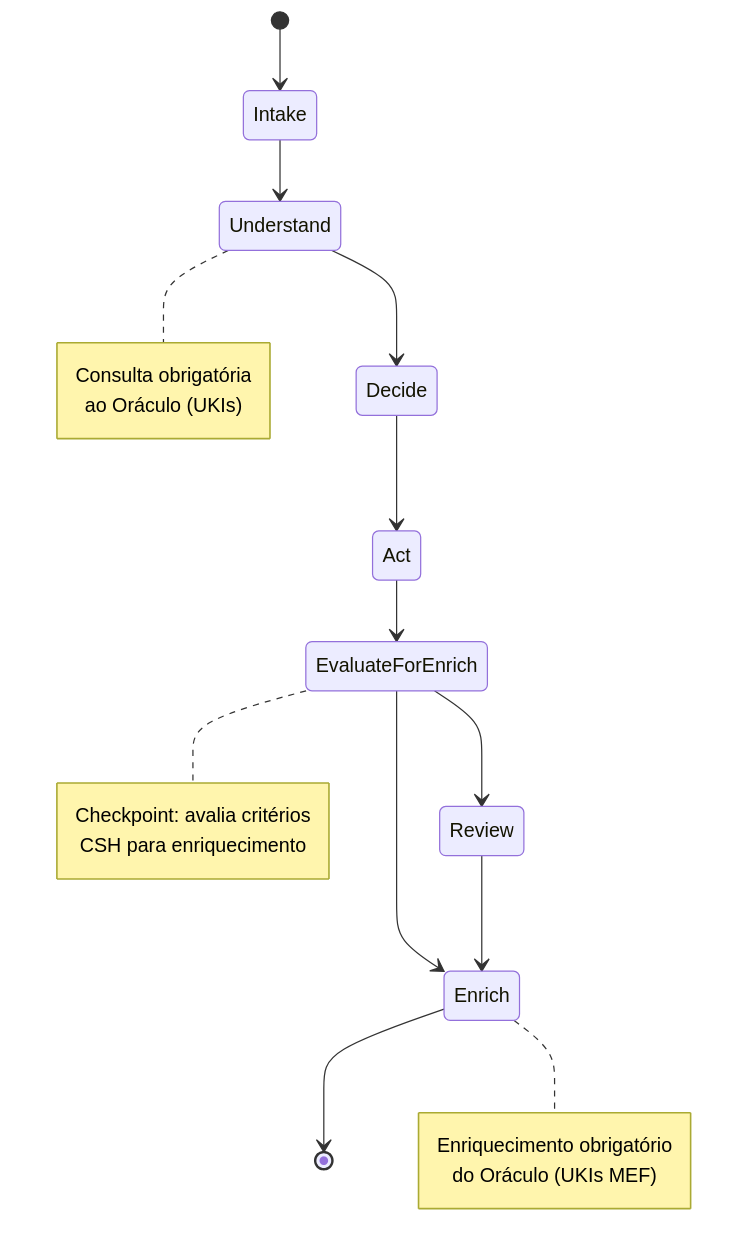
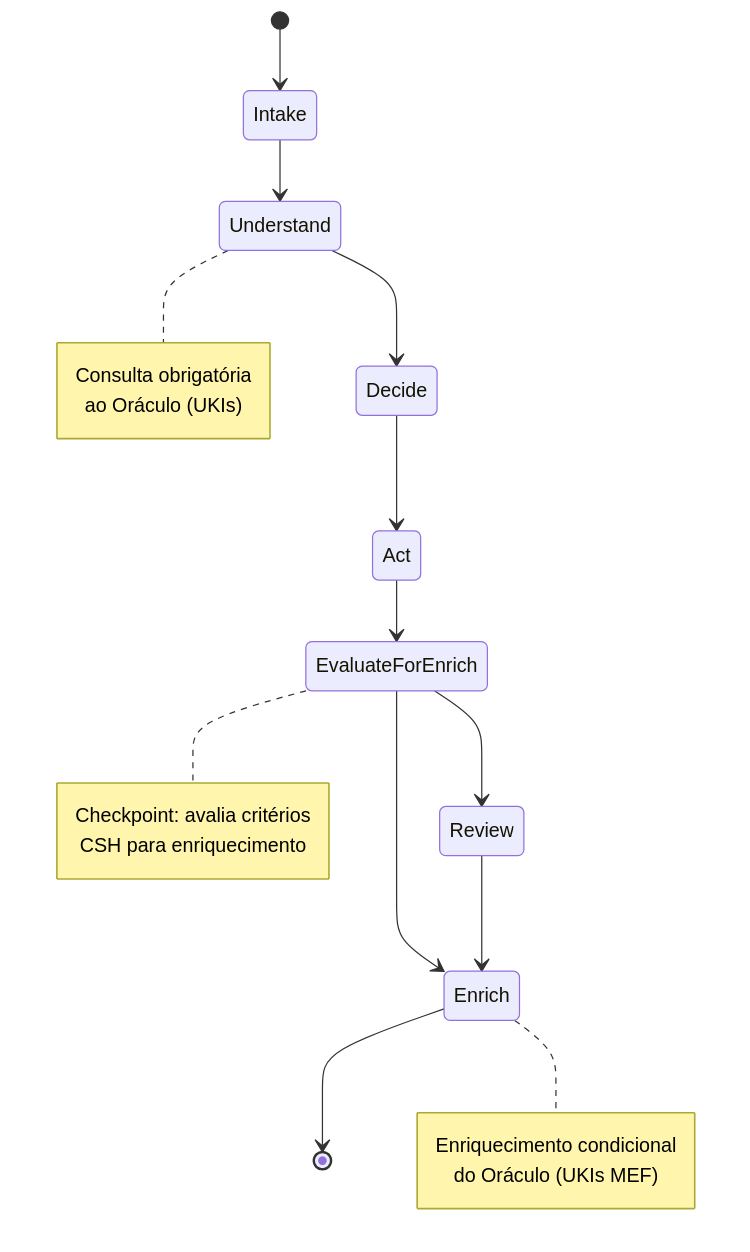
One commit to netomantonio/matrix-protocol changed the first of 4 diagrams in MATRIX_PROTOCOL.md. Above: the diagram before and after it, drawn with Mermaid. The commit also changed other lines of this file and 3 other files, not shown here.

````diff
--- a/MATRIX_PROTOCOL.md
+++ b/MATRIX_PROTOCOL.md
@@ -156,27 +170,27 @@
 ```mermaid
 stateDiagram-v2
     [*] --> Intake
     Intake --> Understand
     Understand --> Decide  
     Decide --> Act
     Act --> EvaluateForEnrich
     EvaluateForEnrich --> Review
     EvaluateForEnrich --> Enrich
     Review --> Enrich
     Enrich --> [*]
     
     note right of Understand
       Consulta obrigatória 
       ao Oráculo (UKIs)
     end note
     
     note right of EvaluateForEnrich
       Checkpoint: avalia critérios
       CSH para enriquecimento
     end note
     
     note right of Enrich
-      Enriquecimento obrigatório
+      Enriquecimento condicional
       do Oráculo (UKIs MEF)
     end note
 ```
````
